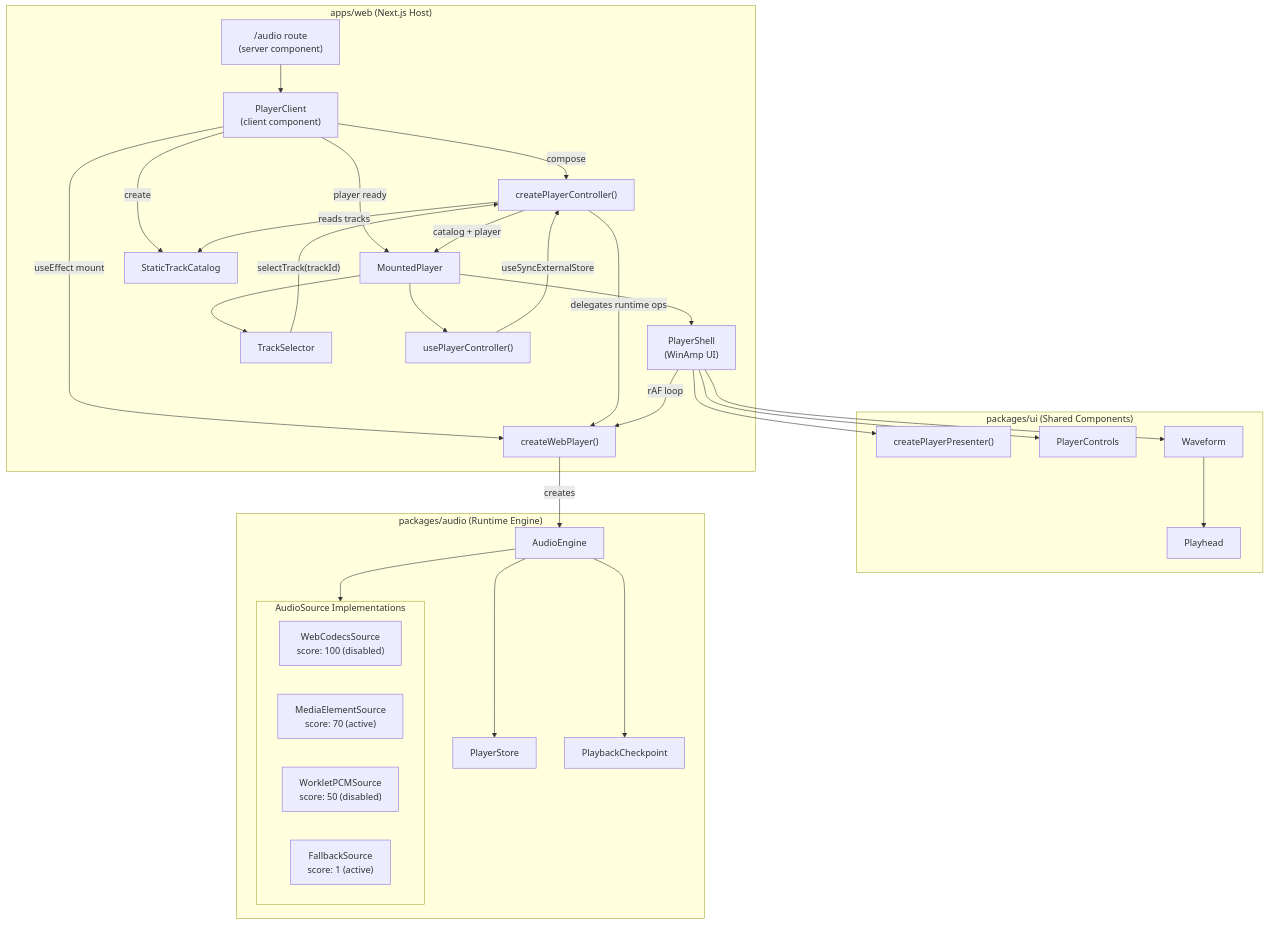
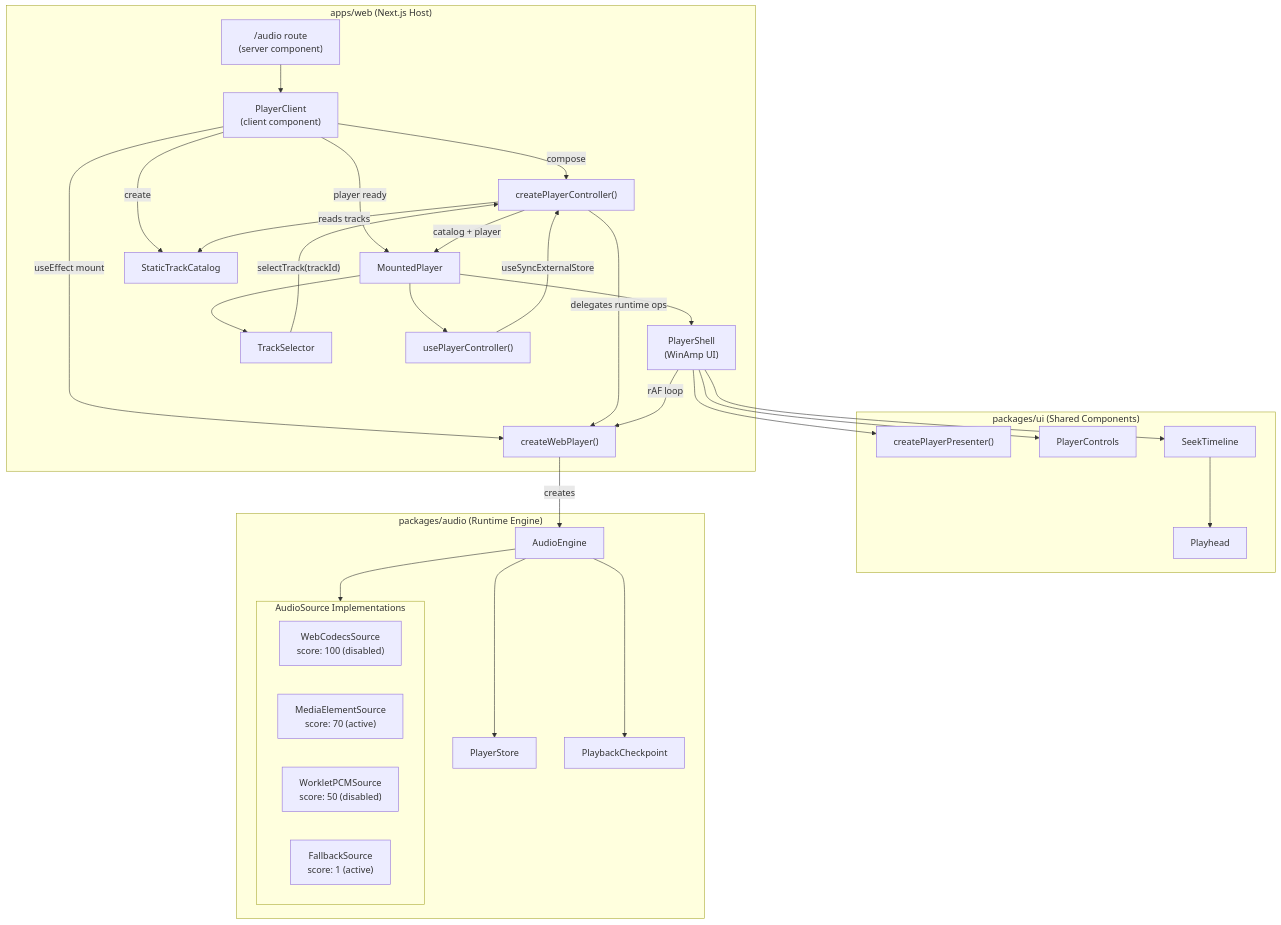
One commit to kalynbeach/kkb changed the first of 4 diagrams in docs/diagrams/2026-03-10-web-audio-player-architecture.md. Above: the diagram before and after it, drawn with Mermaid. The commit also changed 34 other files, not shown here.

First line of the commit message:
feat(ui): replace waveform with seek timeline (#37)

````diff
--- a/docs/diagrams/2026-03-10-web-audio-player-architecture.md
+++ b/docs/diagrams/2026-03-10-web-audio-player-architecture.md
@@ -9,60 +9,60 @@
 ```mermaid
 flowchart TB
     subgraph Web["apps/web (Next.js Host)"]
         Route["/audio route<br/>(server component)"]
         PC["PlayerClient<br/>(client component)"]
         MS["MountedPlayer"]
         PS["PlayerShell<br/>(WinAmp UI)"]
         TS["TrackSelector"]
         CAT["StaticTrackCatalog"]
         CWP["createWebPlayer()"]
         CTRL["createPlayerController()"]
         UPS["usePlayerController()"]
 
         Route --> PC
         PC -->|"create"| CAT
         PC -->|"useEffect mount"| CWP
         PC -->|"compose"| CTRL
         PC -->|"player ready"| MS
         CTRL -->|"catalog + player"| MS
         MS --> UPS
         MS --> PS
         MS --> TS
     end
 
     subgraph UI["packages/ui (Shared Components)"]
         Presenter["createPlayerPresenter()"]
         Controls["PlayerControls"]
-        Waveform["Waveform"]
+        SeekTimeline["SeekTimeline"]
         Playhead["Playhead"]
 
-        Waveform --> Playhead
+        SeekTimeline --> Playhead
     end
 
     subgraph Audio["packages/audio (Runtime Engine)"]
         Engine["AudioEngine"]
         Store["PlayerStore"]
         Checkpoint["PlaybackCheckpoint"]
 
         subgraph Sources["AudioSource Implementations"]
             WCS["WebCodecsSource<br/>score: 100 (disabled)"]
             MES["MediaElementSource<br/>score: 70 (active)"]
             WPS["WorkletPCMSource<br/>score: 50 (disabled)"]
             FS["FallbackSource<br/>score: 1 (active)"]
         end
 
         Engine --> Store
         Engine --> Checkpoint
         Engine --> Sources
     end
 
     CWP -->|"creates"| Engine
     CTRL -->|"delegates runtime ops"| CWP
     CTRL -->|"reads tracks"| CAT
     UPS -->|"useSyncExternalStore"| CTRL
     PS -->|"rAF loop"| CWP
     PS --> Presenter
     PS --> Controls
-    PS --> Waveform
+    PS --> SeekTimeline
     TS -->|"selectTrack(trackId)"| CTRL
 ```
````
